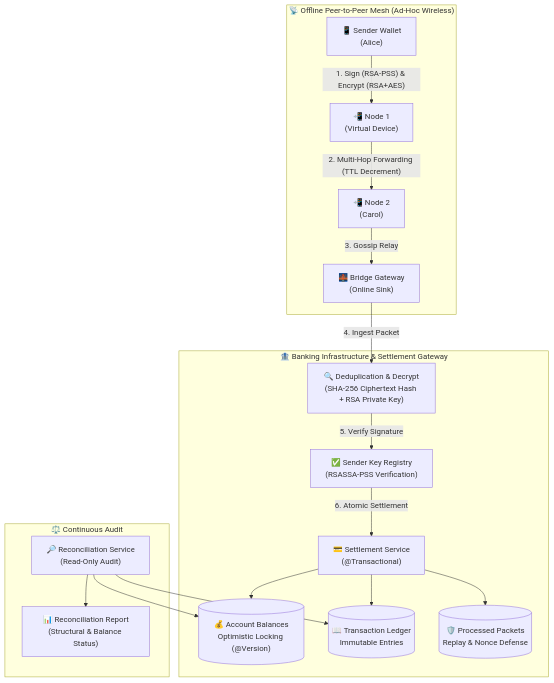
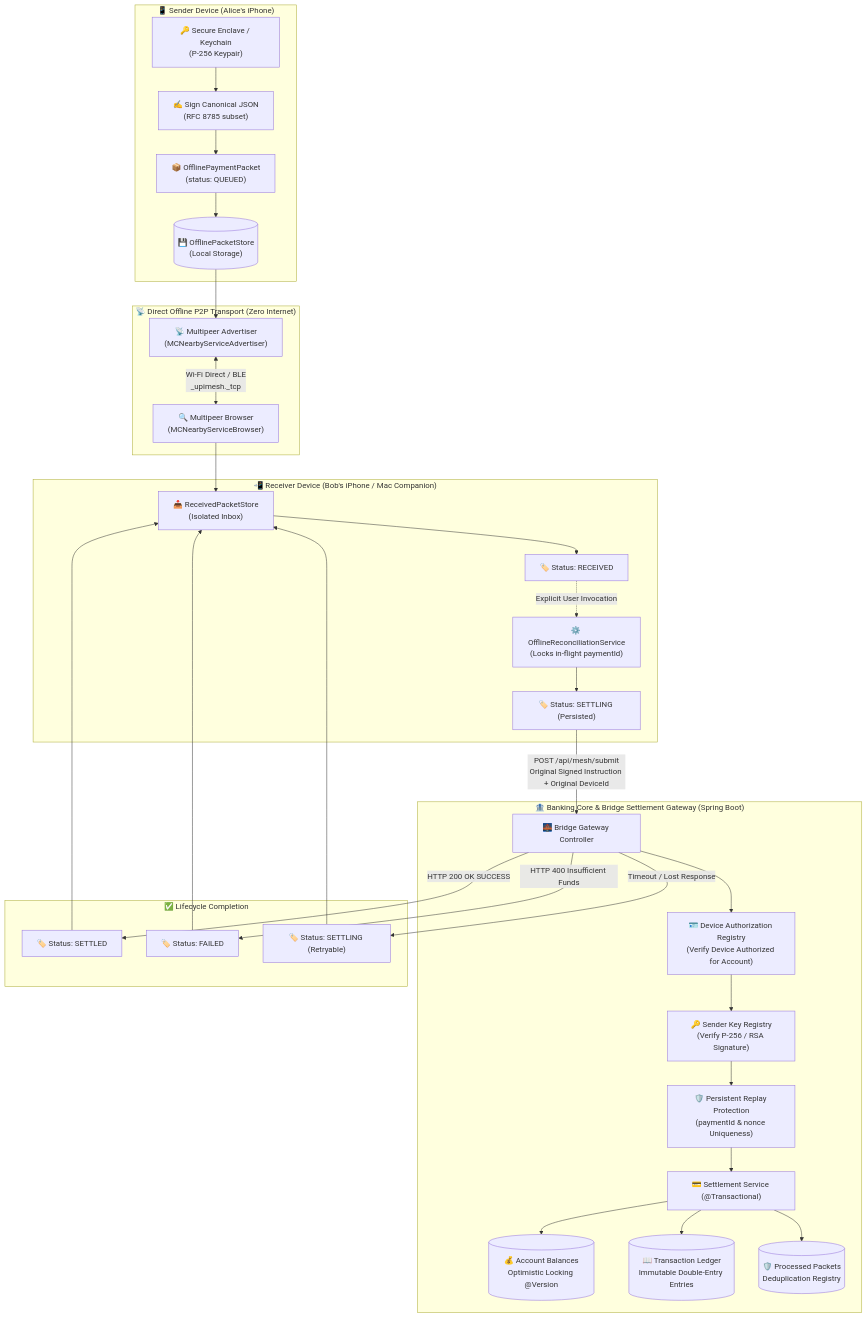
One commit to Jarjis-Alam/upimesh changed the first of 2 diagrams in README.md. Above: the diagram before and after it, drawn with Mermaid. The commit also changed other lines of this file and 378 other files, not shown here.

First line of the commit message:
feat: complete Stages 5 through 6.4B.2 — P2P Multipeer transport, device signing, lifecycle states, and reconciliation service

````diff
--- a/README.md
+++ b/README.md
@@ -89,24 +101,41 @@
 ```mermaid
 flowchart TD
-    subgraph OfflineMesh["📡 Offline Peer-to-Peer Mesh (Ad-Hoc Wireless)"]
-        A["📱 Sender Wallet<br/>(Alice)"] -- "1. Sign (RSA-PSS) & Encrypt (RSA+AES)" --> M1["📲 Node 1<br/>(Virtual Device)"]
-        M1 -- "2. Multi-Hop Forwarding (TTL Decrement)" --> M2["📲 Node 2<br/>(Carol)"]
-        M2 -- "3. Gossip Relay" --> B["🌉 Bridge Gateway<br/>(Online Sink)"]
+    subgraph Payer["📱 Sender Device (Alice's iPhone)"]
+        K["🔑 Secure Enclave / Keychain<br/>(P-256 Keypair)"] --> SIG["✍️ Sign Canonical JSON<br/>(RFC 8785 subset)"]
+        SIG --> PKT["📦 OfflinePaymentPacket<br/>(status: QUEUED)"]
+        PKT --> STORE1[("💾 OfflinePacketStore<br/>(Local Storage)")]
     end
 
-    subgraph BackendSettlement["🏦 Banking Infrastructure & Settlement Gateway"]
-        B -- "4. Ingest Packet" --> D["🔍 Deduplication & Decrypt<br/>(SHA-256 Ciphertext Hash + RSA Private Key)"]
-        D -- "5. Verify Signature" --> V["✅ Sender Key Registry<br/>(RSASSA-PSS Verification)"]
-        V -- "6. Atomic Settlement" --> S["💳 Settlement Service<br/>(@Transactional)"]
-        
-        S --> ACT[("💰 Account Balances<br/>Optimistic Locking (@Version)")]
-        S --> TX[("📖 Transaction Ledger<br/>Immutable Entries")]
-        S --> PP[("🛡️ Processed Packets<br/>Replay & Nonce Defense")]
+    subgraph Wireless["📡 Direct Offline P2P Transport (Zero Internet)"]
+        STORE1 --> ADV["📡 Multipeer Advertiser<br/>(MCNearbyServiceAdvertiser)"]
+        ADV <-->|Wi-Fi Direct / BLE<br/>_upimesh._tcp| BROWSE["🔍 Multipeer Browser<br/>(MCNearbyServiceBrowser)"]
     end
 
-    subgraph AuditAudit["⚖️ Continuous Audit"]
-        REC["🔎 Reconciliation Service<br/>(Read-Only Audit)"] --> ACT
-        REC --> TX
-        REC --> REP["📊 Reconciliation Report<br/>(Structural & Balance Status)"]
+    subgraph Receiver["📲 Receiver Device (Bob's iPhone / Mac Companion)"]
+        BROWSE --> RECV_INBOX["📥 ReceivedPacketStore<br/>(Isolated Inbox)"]
+        RECV_INBOX --> R_STATE["🏷️ Status: RECEIVED"]
+        R_STATE -.->|Explicit User Invocation| RECON["⚙️ OfflineReconciliationService<br/>(Locks in-flight paymentId)"]
+        RECON --> SETTLING["🏷️ Status: SETTLING (Persisted)"]
+    end
+
+    subgraph Backend["🏦 Banking Core & Bridge Settlement Gateway (Spring Boot)"]
+        SETTLING -->|POST /api/mesh/submit<br/>Original Signed Instruction + Original DeviceId| BRIDGE["🌉 Bridge Gateway Controller"]
+        BRIDGE --> DEV_REG["🪪 Device Authorization Registry<br/>(Verify Device Authorized for Account)"]
+        DEV_REG --> KEY_REG["🔑 Sender Key Registry<br/>(Verify P-256 / RSA Signature)"]
+        KEY_REG --> REPLAY["🛡️ Persistent Replay Protection<br/>(paymentId & nonce Uniqueness)"]
+        REPLAY --> SETTLE["💳 Settlement Service (@Transactional)"]
+        
+        SETTLE --> ACCTS[("💰 Account Balances<br/>Optimistic Locking @Version")]
+        SETTLE --> TXS[("📖 Transaction Ledger<br/>Immutable Double-Entry Entries")]
+        SETTLE --> PROCESSED[("🛡️ Processed Packets<br/>Deduplication Registry")]
+    end
+
+    subgraph SettlementResult["✅ Lifecycle Completion"]
+        BRIDGE -->|HTTP 200 OK SUCCESS| SETTLED["🏷️ Status: SETTLED"]
+        BRIDGE -->|HTTP 400 Insufficient Funds| FAILED["🏷️ Status: FAILED"]
+        BRIDGE -->|Timeout / Lost Response| RETRY["🏷️ Status: SETTLING (Retryable)"]
+        SETTLED --> RECV_INBOX
+        FAILED --> RECV_INBOX
+        RETRY --> RECV_INBOX
     end
 ```
````
